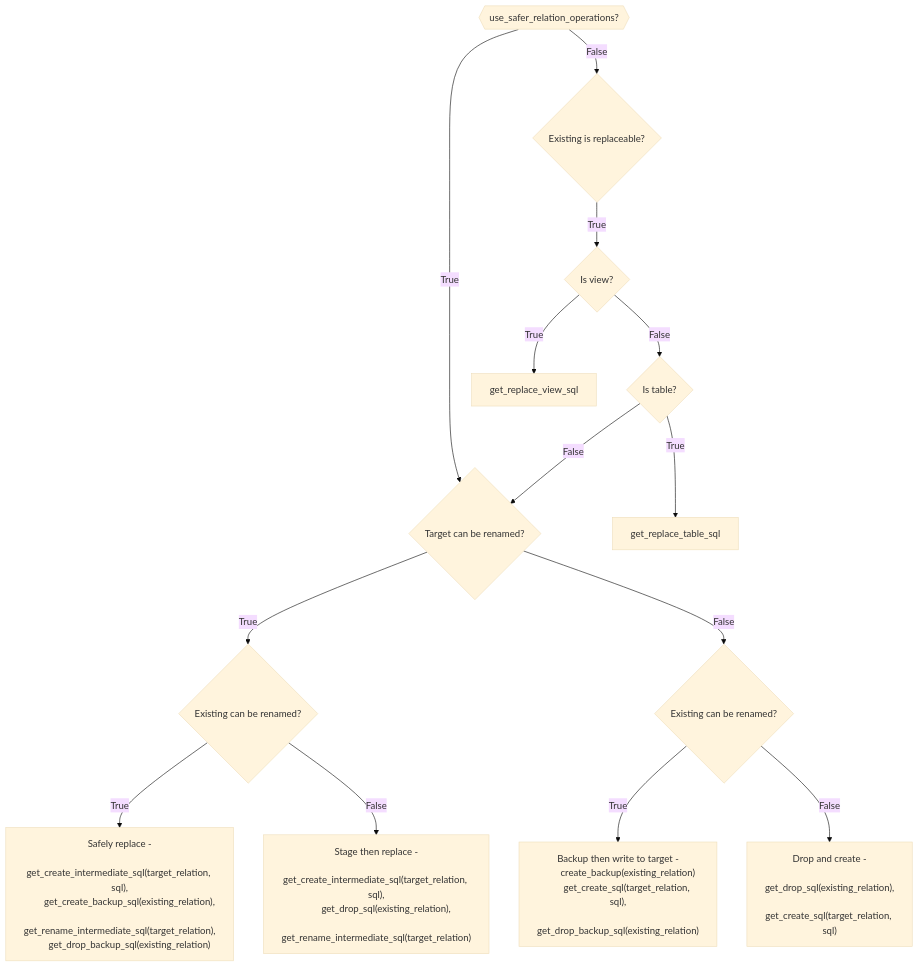
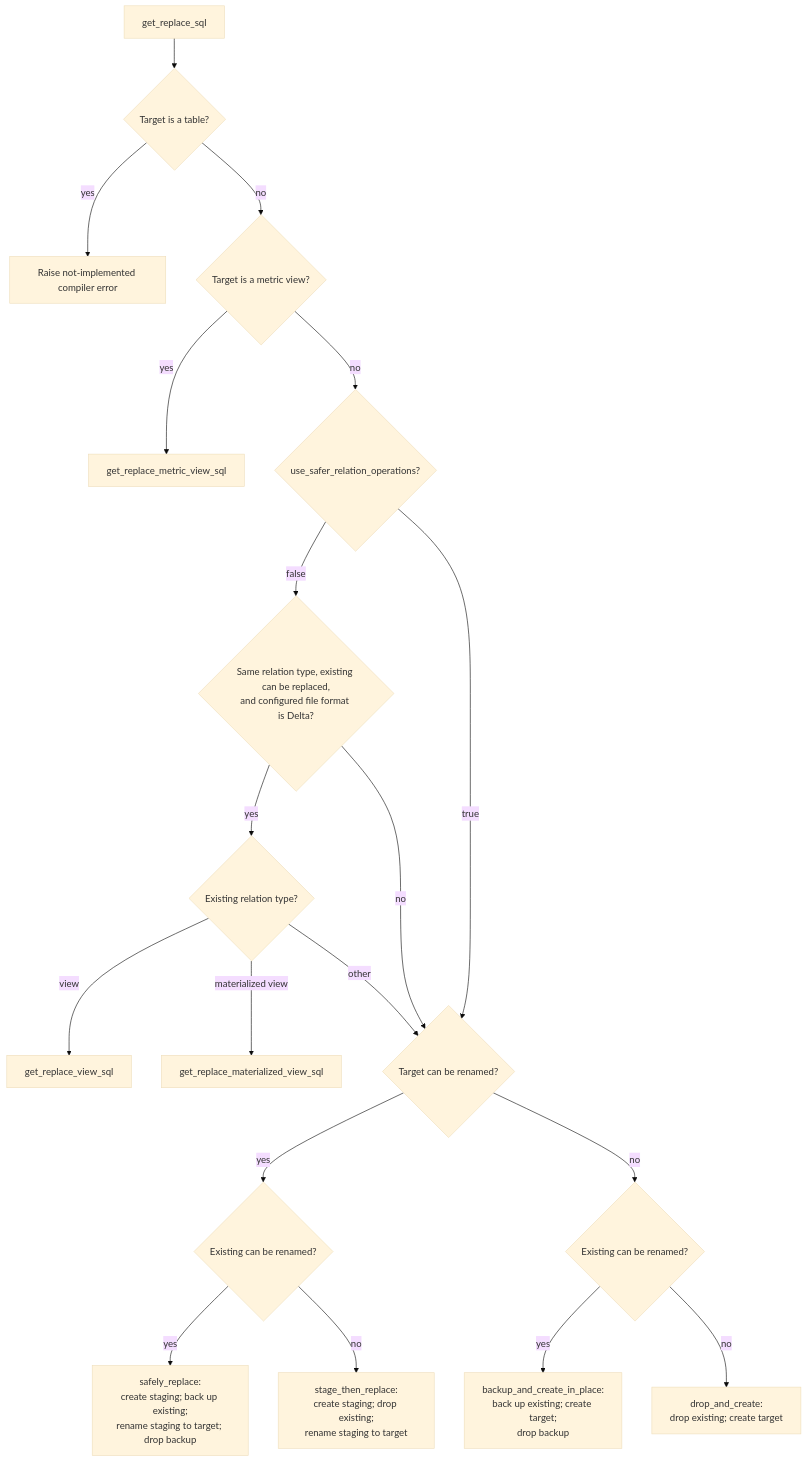
Before and after one commit to databricks/dbt-databricks: the diagram in docs/flow/replace_flow.md, drawn with Mermaid (base theme). The commit also changed other lines of this file and 8 other files, not shown here.

Commit message:
docs: correct materialization flow diagrams

````diff
--- a/docs/flow/replace_flow.md
+++ b/docs/flow/replace_flow.md
@@ -13,44 +14,23 @@
 ```mermaid
 flowchart TD
-    SAFE{{use_safer_relation_operations?}}
-    D1{Existing is replaceable?}
-    D2{Is view?}
-    D3{Is table?}
-    D4{Target can be renamed?}
-    D5{Existing can be renamed?}
-    D6{Existing can be renamed?}
+    START[get_replace_sql] --> TABLE{Target is a table?}
+    TABLE -- yes --> ERROR[Raise not-implemented compiler error]
+    TABLE -- no --> METRIC{Target is a metric view?}
+    METRIC -- yes --> METRICSQL[get_replace_metric_view_sql]
+    METRIC -- no --> SAFE{use_safer_relation_operations?}
 
-    SAFE_REPLACE["Safely replace -
-        get_create_intermediate_sql(target_relation, sql),
-        get_create_backup_sql(existing_relation),
-        get_rename_intermediate_sql(target_relation),
-        get_drop_backup_sql(existing_relation)"]
+    SAFE -- false --> DIRECT{"Same relation type, existing can be replaced,\nand configured file format is Delta?"}
+    DIRECT -- yes --> TYPE{Existing relation type?}
+    TYPE -- view --> VIEWSQL[get_replace_view_sql]
+    TYPE -- "materialized view" --> MVSQL[get_replace_materialized_view_sql]
+    DIRECT -- no --> TARGETRENAME{Target can be renamed?}
+    TYPE -- other --> TARGETRENAME
+    SAFE -- true --> TARGETRENAME
 
-    STAGE_THEN_REPLACE["Stage then replace -
-        get_create_intermediate_sql(target_relation, sql),
-        get_drop_sql(existing_relation),
-        get_rename_intermediate_sql(target_relation)"]
-
-    BACKUP_THEN_REPLACE["Backup then write to target -
-        create_backup(existing_relation)
-        get_create_sql(target_relation, sql),
-        get_drop_backup_sql(existing_relation)"]
-
-    DROP_AND_CREATE["Drop and create -
-        get_drop_sql(existing_relation),
-        get_create_sql(target_relation, sql)"]
-
-    SAFE--False-->D1
-    SAFE--True-->D4
-    D1--True-->D2
-    D2--True-->get_replace_view_sql
-    D2--False-->D3
-    D3--True-->get_replace_table_sql
-    D3--False-->D4
-    D4--True-->D5
-    D4--False-->D6
-    D5--True-->SAFE_REPLACE
-    D5--False-->STAGE_THEN_REPLACE
-    D6--True-->BACKUP_THEN_REPLACE
-    D6--False-->DROP_AND_CREATE
+    TARGETRENAME -- yes --> EXISTRENAME1{Existing can be renamed?}
+    TARGETRENAME -- no --> EXISTRENAME2{Existing can be renamed?}
+    EXISTRENAME1 -- yes --> SAFELY["safely_replace:<br/>create staging; back up existing;<br/>rename staging to target; drop backup"]
+    EXISTRENAME1 -- no --> STAGE["stage_then_replace:<br/>create staging; drop existing;<br/>rename staging to target"]
+    EXISTRENAME2 -- yes --> BACKUP["backup_and_create_in_place:<br/>back up existing; create target;<br/>drop backup"]
+    EXISTRENAME2 -- no --> DROP["drop_and_create:<br/>drop existing; create target"]
 ```
````
